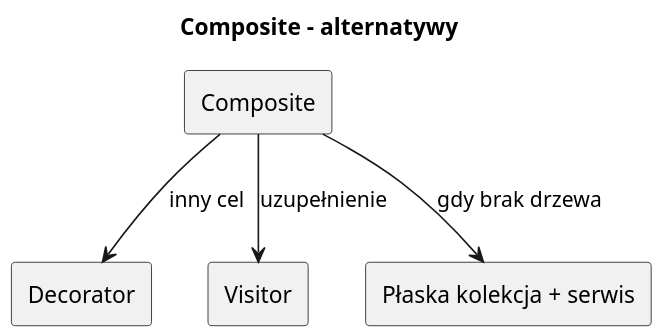
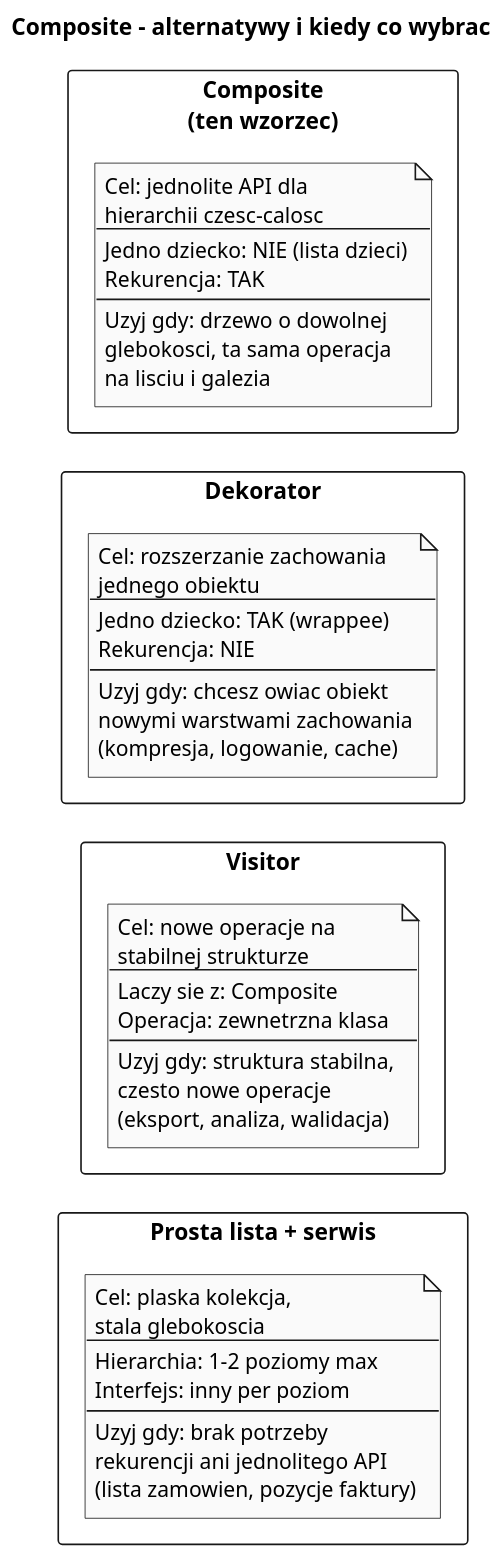
One commit to tborzyszkowski/DesignPatterns changed the diagram in src/12-kompozyt/06-alternatywy-i-kiedy-nie/diagrams/01-alternatives.puml. Above: the diagram before and after it, drawn with PlantUML. The commit also changed other lines of this file and 40 other files, not shown here.

```diff
--- a/src/12-kompozyt/06-alternatywy-i-kiedy-nie/diagrams/01-alternatives.puml
+++ b/src/12-kompozyt/06-alternatywy-i-kiedy-nie/diagrams/01-alternatives.puml
@@ -1,16 +1,67 @@
 @startuml composite_alternatives
-title Composite - alternatywy
+title Composite - alternatywy i kiedy co wybrac
 
 skinparam monochrome true
 skinparam dpi 150
 
-rectangle "Composite" as C
-rectangle "Decorator" as D
-rectangle "Visitor" as V
-rectangle "Płaska kolekcja + serwis" as F
+rectangle "Composite\n(ten wzorzec)" {
+    note as C
+      Cel: jednolite API dla
+      hierarchii czesc-calosc
+      ----
+      Jedno dziecko: NIE (lista dzieci)
+      Rekurencja: TAK
+      ----
+      Uzyj gdy: drzewo o dowolnej
+      glebokosci, ta sama operacja
+      na lisciu i galezia
+    end note
+}
 
-C --> D : inny cel
-C --> V : uzupełnienie
-C --> F : gdy brak drzewa
+rectangle "Dekorator" {
+    note as D
+      Cel: rozszerzanie zachowania
+      jednego obiektu
+      ----
+      Jedno dziecko: TAK (wrappee)
+      Rekurencja: NIE
+      ----
+      Uzyj gdy: chcesz owiac obiekt
+      nowymi warstwami zachowania
+      (kompresja, logowanie, cache)
+    end note
+}
+
+rectangle "Visitor" {
+    note as V
+      Cel: nowe operacje na
+      stabilnej strukturze
+      ----
+      Laczy sie z: Composite
+      Operacja: zewnetrzna klasa
+      ----
+      Uzyj gdy: struktura stabilna,
+      czesto nowe operacje
+      (eksport, analiza, walidacja)
+    end note
+}
+
+rectangle "Prosta lista + serwis" {
+    note as F
+      Cel: plaska kolekcja,
+      stala glebokoscia
+      ----
+      Hierarchia: 1-2 poziomy max
+      Interfejs: inny per poziom
+      ----
+      Uzyj gdy: brak potrzeby
+      rekurencji ani jednolitego API
+      (lista zamowien, pozycje faktury)
+    end note
+}
+
+C -[hidden]- D
+D -[hidden]- V
+V -[hidden]- F
 
 @enduml
```
